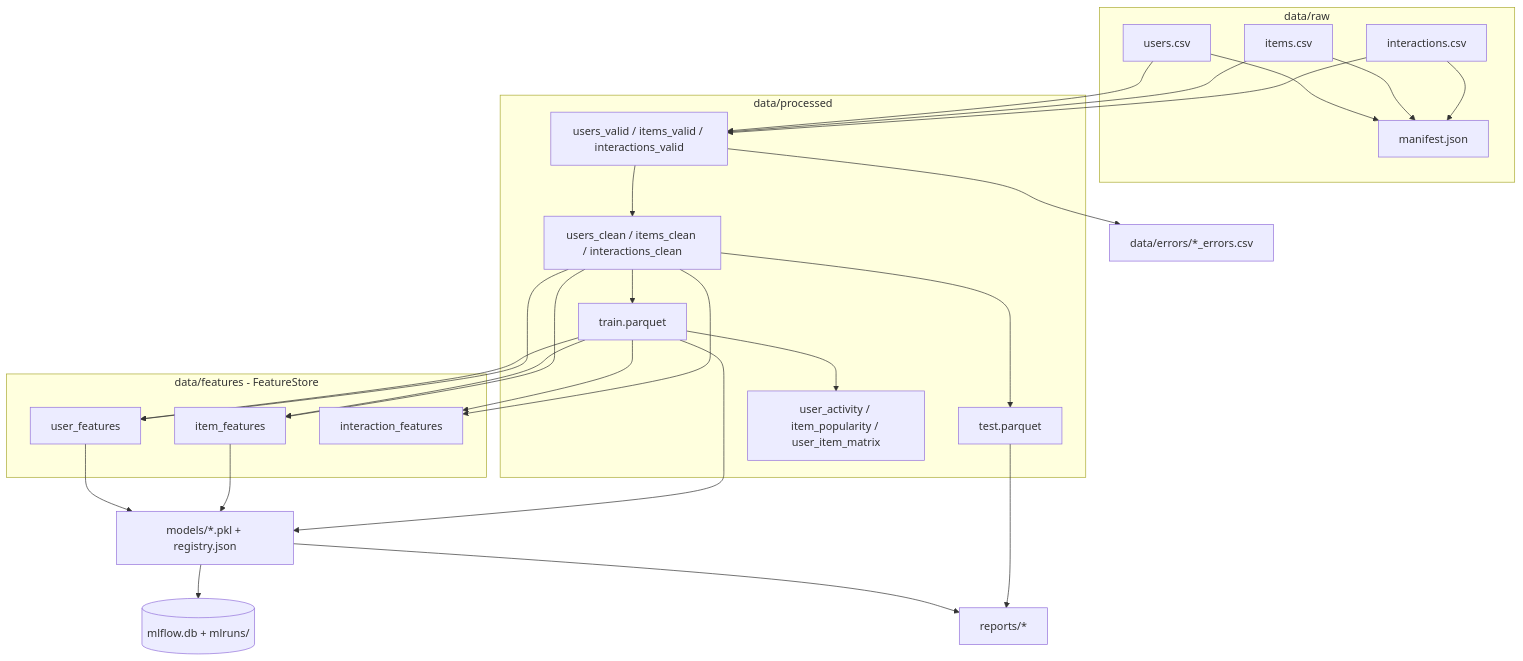
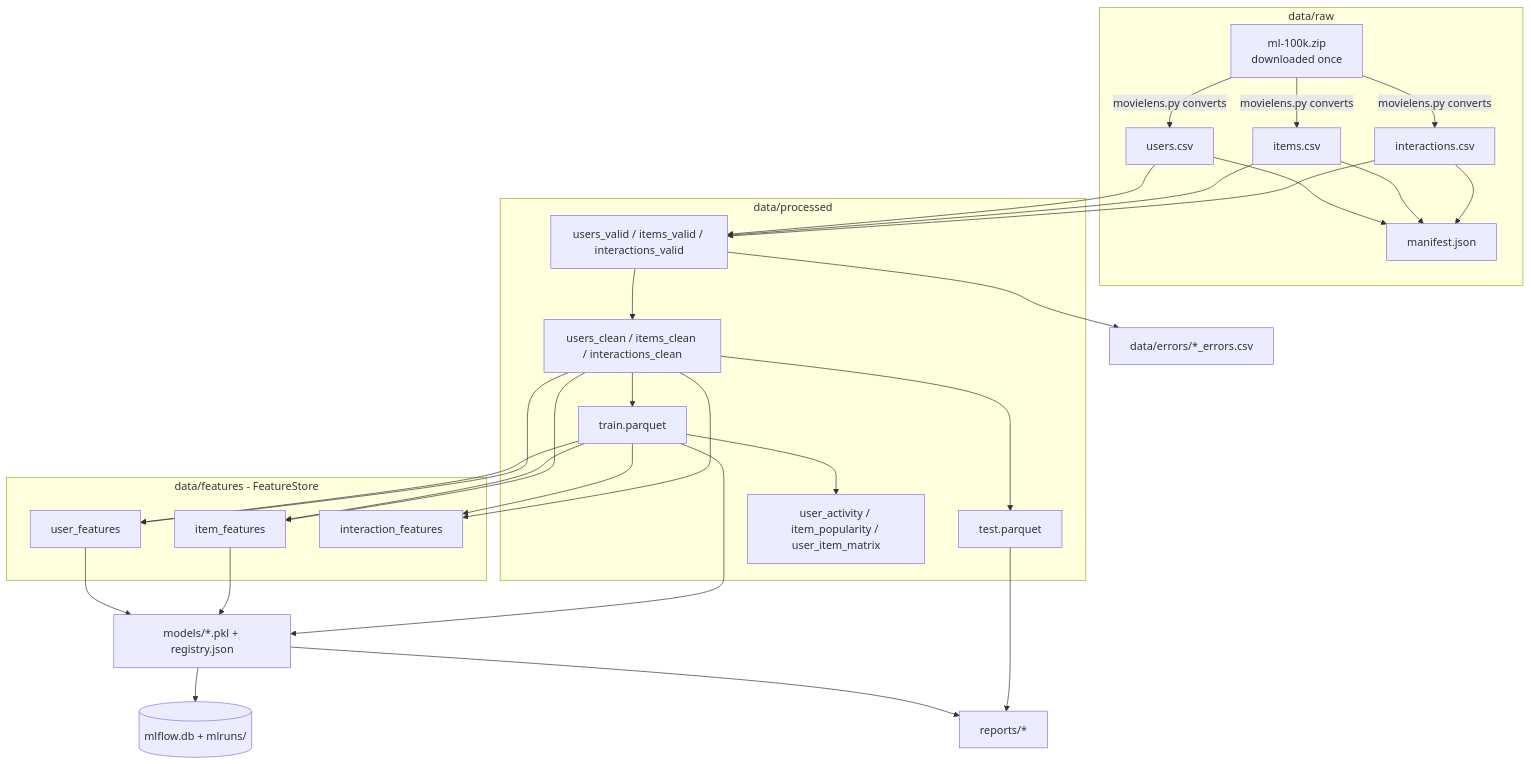
One commit to nij-117-07/recommendation-pipeline changed the second of 2 diagrams in reports/architecture.md. Above: the diagram before and after it, drawn with Mermaid. The commit also changed other lines of this file and 22 other files, not shown here.

````diff
--- a/reports/architecture.md
+++ b/reports/architecture.md
@@ -28,41 +28,43 @@
 ```mermaid
 flowchart TB
     subgraph raw [data/raw]
+      ZIP[ml-100k.zip<br/>downloaded once]
       RU[users.csv]
       RI[items.csv]
       RX[interactions.csv]
       MF1[manifest.json]
     end
 
     subgraph processed [data/processed]
       UV[users_valid / items_valid / interactions_valid]
       CL[users_clean / items_clean / interactions_clean]
       TRN[train.parquet]
       TST[test.parquet]
       DER[user_activity / item_popularity / user_item_matrix]
     end
 
     subgraph features [data/features - FeatureStore]
       UF[user_features]
       IF[item_features]
       INF[interaction_features]
     end
 
     ERR[data/errors/*_errors.csv]
     MOD[models/*.pkl + registry.json]
     MLF[(mlflow.db + mlruns/)]
     REP[reports/*]
 
+    ZIP -->|movielens.py converts| RU & RI & RX
     RU & RI & RX --> UV
     RU & RI & RX --> MF1
     UV --> ERR
     UV --> CL --> TRN
     CL --> TST
     TRN --> DER
     TRN & CL --> UF & IF & INF
     UF & IF --> MOD
     TRN --> MOD
     MOD --> MLF
     MOD --> REP
     TST --> REP
 ```
````
